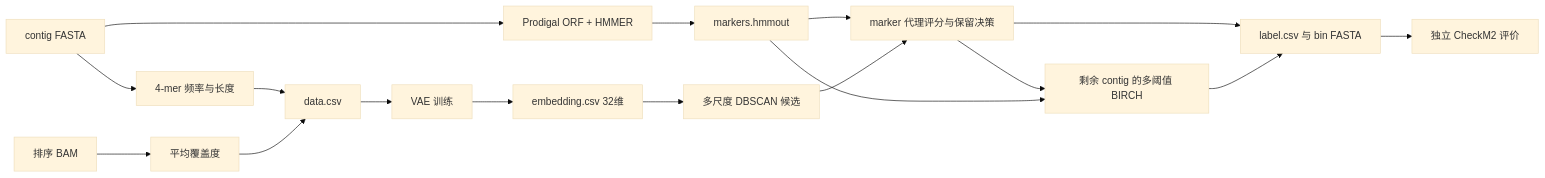
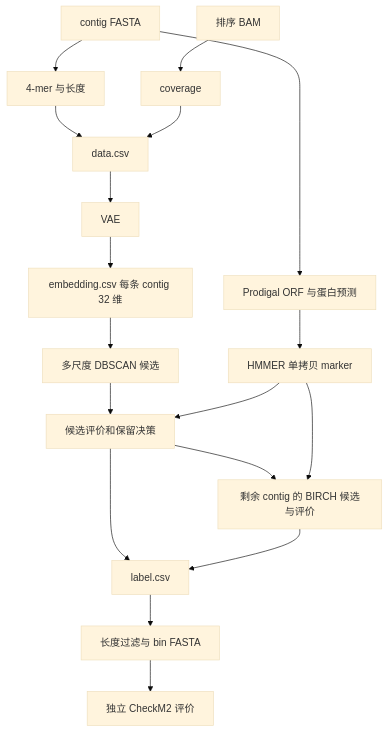
The diagram in TUTORIAL.md (zlnleo/LorBin_reproduce), drawn with Mermaid (base theme) before and after one commit. The commit also changed other lines of this file and 14 other files, not shown here.

````diff
--- a/TUTORIAL.md
+++ b/TUTORIAL.md
@@ -18,19 +18,20 @@
 ```mermaid
-flowchart LR
-    A[contig FASTA] --> B[4-mer 频率与长度]
-    C[排序 BAM] --> D[平均覆盖度]
-    B --> E[data.csv]
-    D --> E
-    A --> M[Prodigal ORF + HMMER]
-    M --> N[markers.hmmout]
-    E --> V[VAE 训练]
-    V --> Z[embedding.csv 32维]
-    Z --> S[多尺度 DBSCAN 候选]
-    N --> Q[marker 代理评分与保留决策]
-    S --> Q
-    Q --> R[剩余 contig 的多阈值 BIRCH]
-    N --> R
-    Q --> O[label.csv 与 bin FASTA]
-    R --> O
-    O --> X[独立 CheckM2 评价]
+flowchart TD
+    F[contig FASTA] --> K[4-mer 与长度]
+    B[排序 BAM] --> C[coverage]
+    K --> D[data.csv]
+    C --> D
+    D --> V[VAE]
+    V --> E[embedding.csv 每条 contig 32 维]
+    F --> O[Prodigal ORF 与蛋白预测]
+    O --> M[HMMER 单拷贝 marker]
+    E --> S[多尺度 DBSCAN 候选]
+    S --> Q[候选评价和保留决策]
+    M --> Q
+    Q --> R[剩余 contig 的 BIRCH 候选与评价]
+    M --> R
+    Q --> L[label.csv]
+    R --> L
+    L --> X[长度过滤与 bin FASTA]
+    X --> Z[独立 CheckM2 评价]
 ```
````
